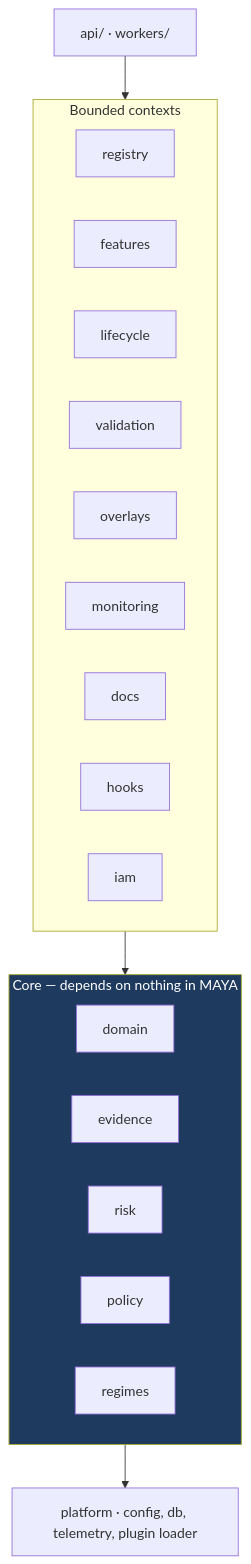
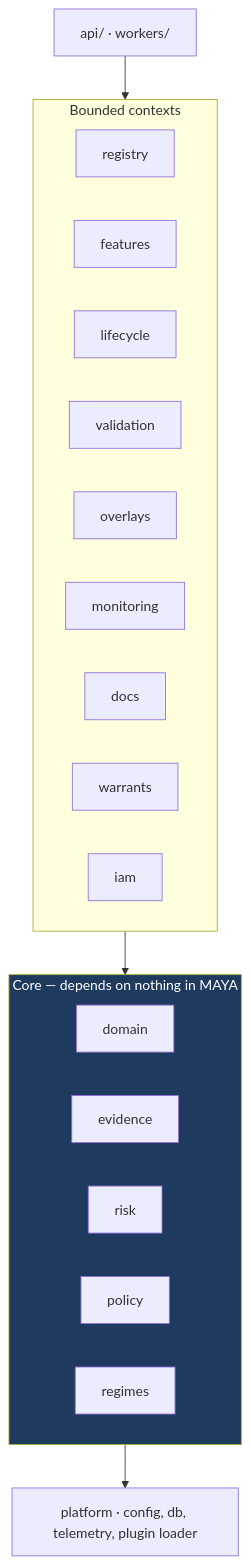
One commit to ajsinha/maya changed the first of 2 diagrams in docs/12-implementation-plan.md. Above: the diagram before and after it, drawn with Mermaid. The commit also changed other lines of this file and 50 other files, not shown here.

````diff
--- a/docs/12-implementation-plan.md
+++ b/docs/12-implementation-plan.md
@@ -137,14 +137,14 @@
 ```mermaid
 flowchart TD
     API["api/ · workers/"] --> CTX
     subgraph CTX["Bounded contexts"]
         REG[registry] ; FEA[features] ; LC[lifecycle] ; VAL[validation]
-        OVL[overlays] ; MON[monitoring] ; DOC[docs] ; HK[hooks] ; IAM[iam]
+        OVL[overlays] ; MON[monitoring] ; DOC[docs] ; HK[warrants] ; IAM[iam]
     end
     CTX --> CORE
     subgraph CORE["Core — depends on nothing in MAYA"]
         DOM[domain] ; EVD[evidence] ; RISK[risk] ; POL[policy] ; RGM[regimes]
     end
     CORE --> PLAT[platform · config, db, telemetry, plugin loader]
     style CORE fill:#1f3a5f,color:#fff
 ```
````
